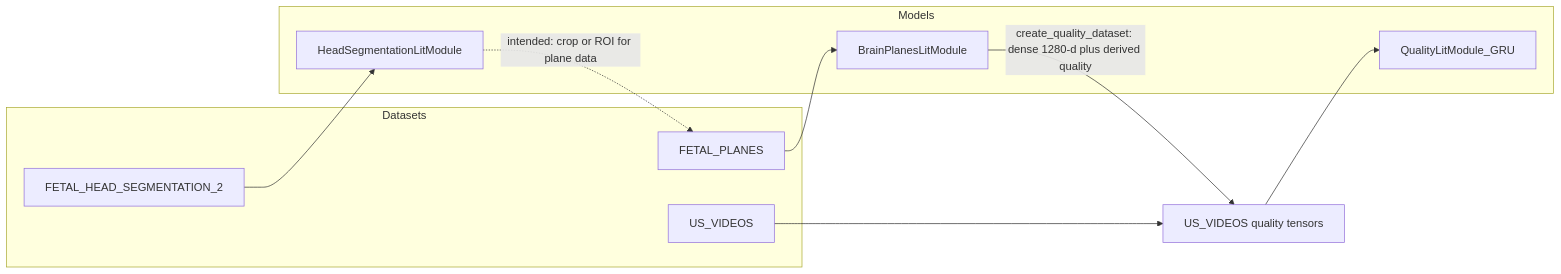
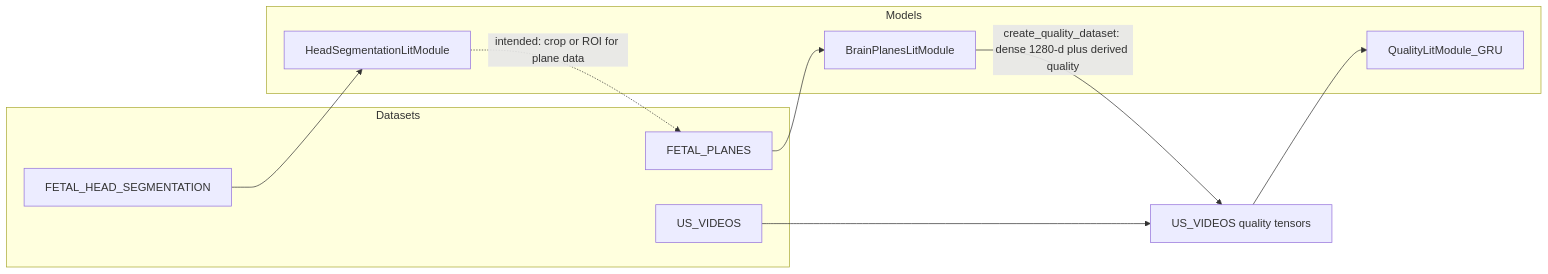
One commit to Alek96/ultrasound_fetal_images changed the first of 2 diagrams in README.md. Above: the diagram before and after it, drawn with Mermaid. The commit also changed other lines of this file and 19 other files, not shown here.

````diff
--- a/README.md
+++ b/README.md
@@ -43,19 +43,19 @@
 ```mermaid
 flowchart LR
   subgraph dataA [Datasets]
-    HS[FETAL_HEAD_SEGMENTATION_2]
+    HS[FETAL_HEAD_SEGMENTATION]
     FP[FETAL_PLANES]
     VID[US_VIDEOS]
   end
   subgraph models [Models]
     M1[HeadSegmentationLitModule]
     M2[BrainPlanesLitModule]
     M3[QualityLitModule_GRU]
   end
   HS --> M1
   M1 -. "intended: crop or ROI for plane data" .-> FP
   FP --> M2
   M2 -->|"create_quality_dataset: dense 1280-d plus derived quality"| DS[US_VIDEOS quality tensors]
   VID --> DS
   DS --> M3
 ```
````
